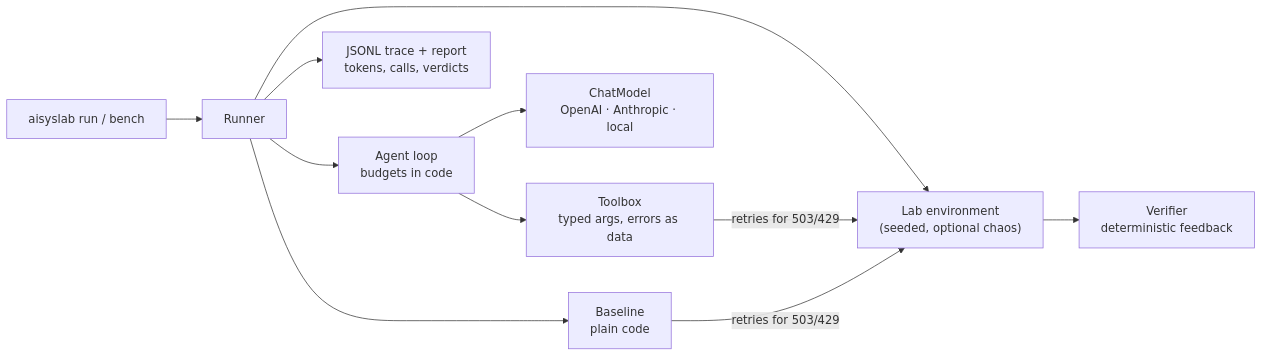
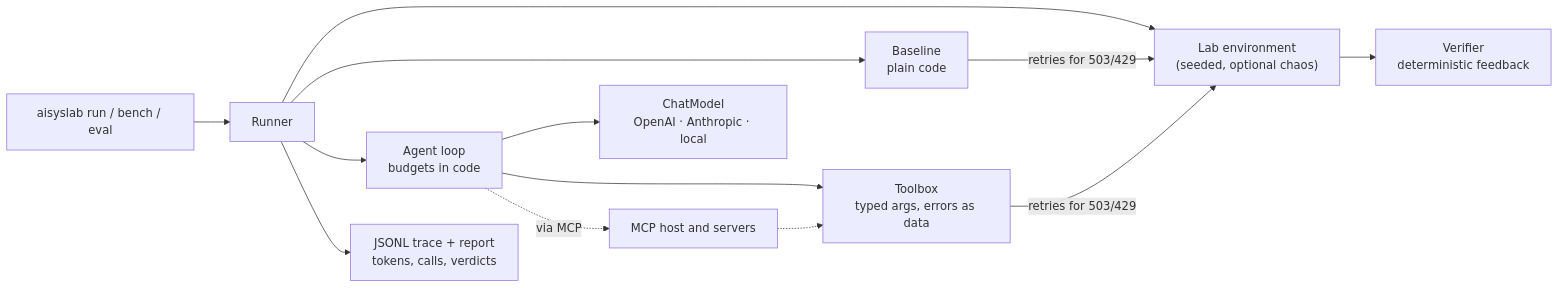
One commit to Krystkowiakk/applied-ai-systems-lab changed the diagram in README.md. Above: the diagram before and after it, drawn with Mermaid. The commit also changed other lines of this file and 25 other files, not shown here.

````diff
--- a/README.md
+++ b/README.md
@@ -125,13 +174,15 @@
 ```mermaid
 flowchart LR
-    CLI["aisyslab run / bench"] --> Runner
+    CLI["aisyslab run / bench / eval"] --> Runner
     Runner --> Env["Lab environment<br/>(seeded, optional chaos)"]
     Runner --> Baseline["Baseline<br/>plain code"]
     Runner --> Agent["Agent loop<br/>budgets in code"]
     Agent --> Model["ChatModel<br/>OpenAI · Anthropic · local"]
     Agent --> Tools["Toolbox<br/>typed args, errors as data"]
+    Agent -.->|via MCP| MCP["MCP host and servers"]
+    MCP -.-> Tools
     Tools -->|retries for 503/429| Env
     Baseline -->|retries for 503/429| Env
     Env --> Verifier["Verifier<br/>deterministic feedback"]
     Runner --> Trace["JSONL trace + report<br/>tokens, calls, verdicts"]
 ```
````
